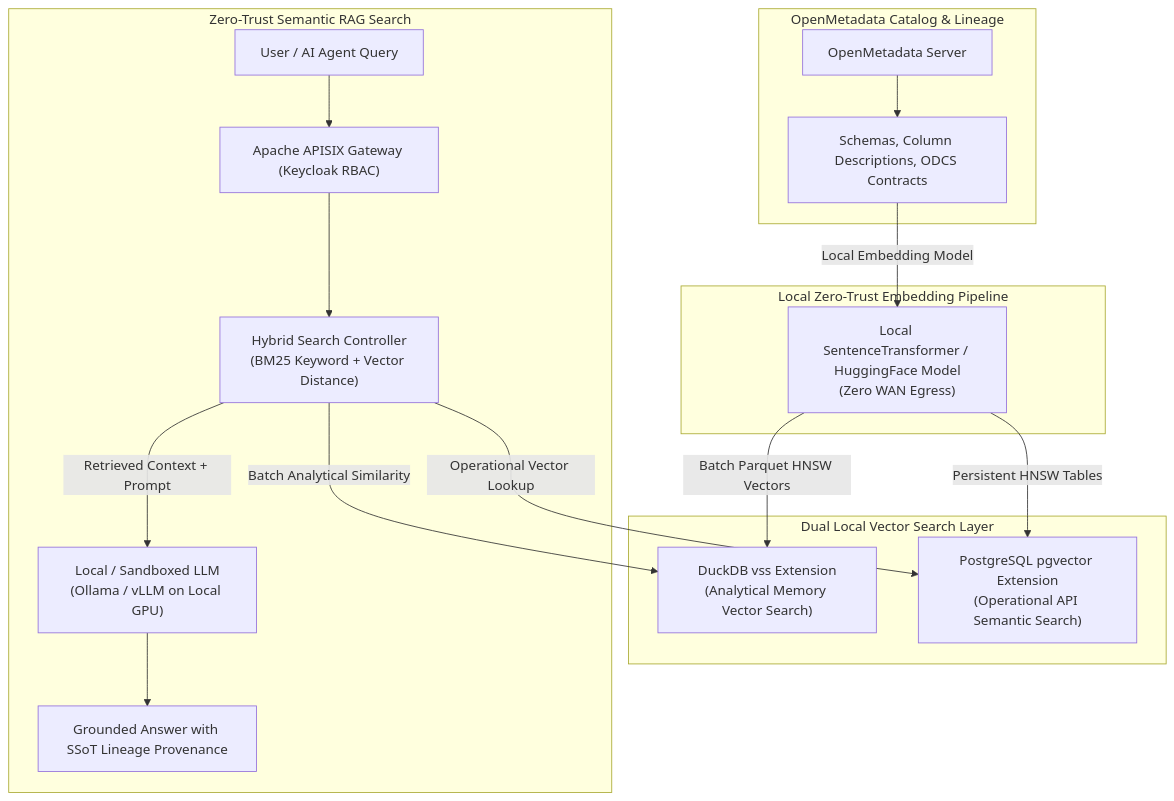
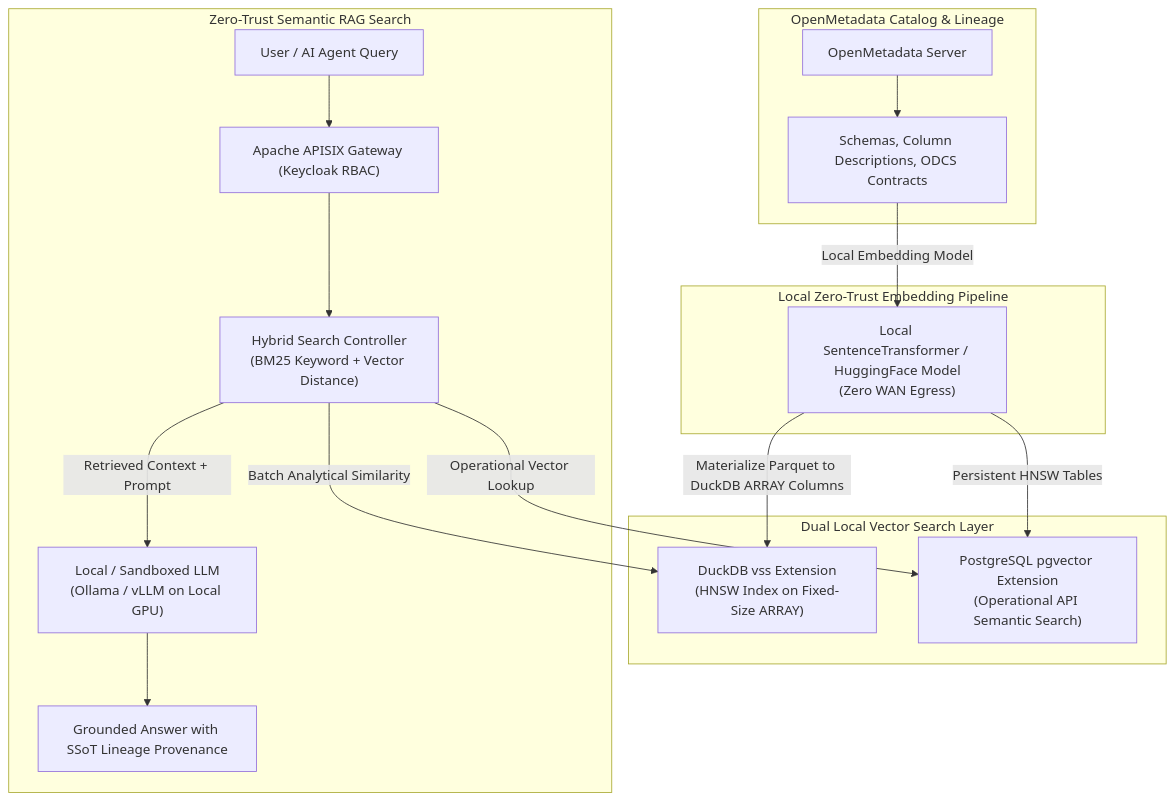
Before and after one commit to linuxmalaysia/bda-ai-infra: the second of 3 diagrams in docs/reference/next-technology-roadmap-stack.md, drawn with Mermaid. The commit also changed other lines of this file and 18 other files, not shown here.

First line of the commit message:
refactor: address review feedback for Next Tech Roadmap Stack

````diff
--- a/docs/reference/next-technology-roadmap-stack.md
+++ b/docs/reference/next-technology-roadmap-stack.md
@@ -107,24 +107,24 @@
 ```mermaid
 flowchart TD
     subgraph OpenMetadataCatalog ["OpenMetadata Catalog & Lineage"]
         OM["OpenMetadata Server"] --> DataAssets["Schemas, Column Descriptions, ODCS Contracts"]
     end
 
     subgraph EmbeddingEngine ["Local Zero-Trust Embedding Pipeline"]
         DataAssets -->|Local Embedding Model| Embedder["Local SentenceTransformer / HuggingFace Model<br/>(Zero WAN Egress)"]
     end
 
     subgraph VectorStores ["Dual Local Vector Search Layer"]
-        Embedder -->|Batch Parquet HNSW Vectors| DuckDBVSS["DuckDB vss Extension<br/>(Analytical Memory Vector Search)"]
+        Embedder -->|Materialize Parquet to DuckDB ARRAY Columns| DuckDBVSS["DuckDB vss Extension<br/>(HNSW Index on Fixed-Size ARRAY)"]
         Embedder -->|Persistent HNSW Tables| PgVector["PostgreSQL pgvector Extension<br/>(Operational API Semantic Search)"]
     end
 
     subgraph HybridRAGAgent ["Zero-Trust Semantic RAG Search"]
         UserQuery["User / AI Agent Query"] --> APISIX["Apache APISIX Gateway (Keycloak RBAC)"]
         APISIX --> HybridSearch["Hybrid Search Controller<br/>(BM25 Keyword + Vector Distance)"]
         HybridSearch -->|Operational Vector Lookup| PgVector
         HybridSearch -->|Batch Analytical Similarity| DuckDBVSS
         HybridSearch -->|Retrieved Context + Prompt| LocalLLM["Local / Sandboxed LLM<br/>(Ollama / vLLM on Local GPU)"]
         LocalLLM --> Response["Grounded Answer with SSoT Lineage Provenance"]
     end
 ```
````
